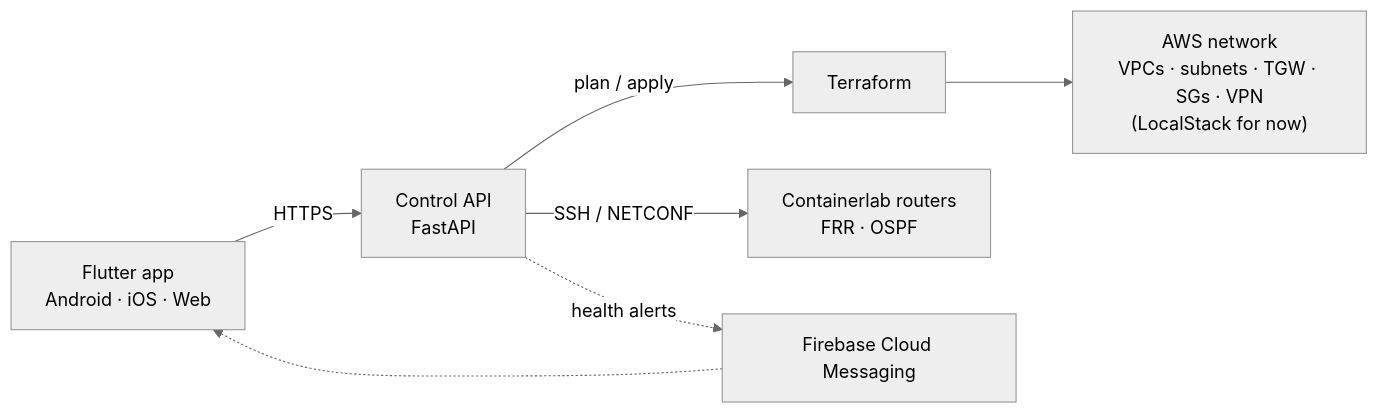
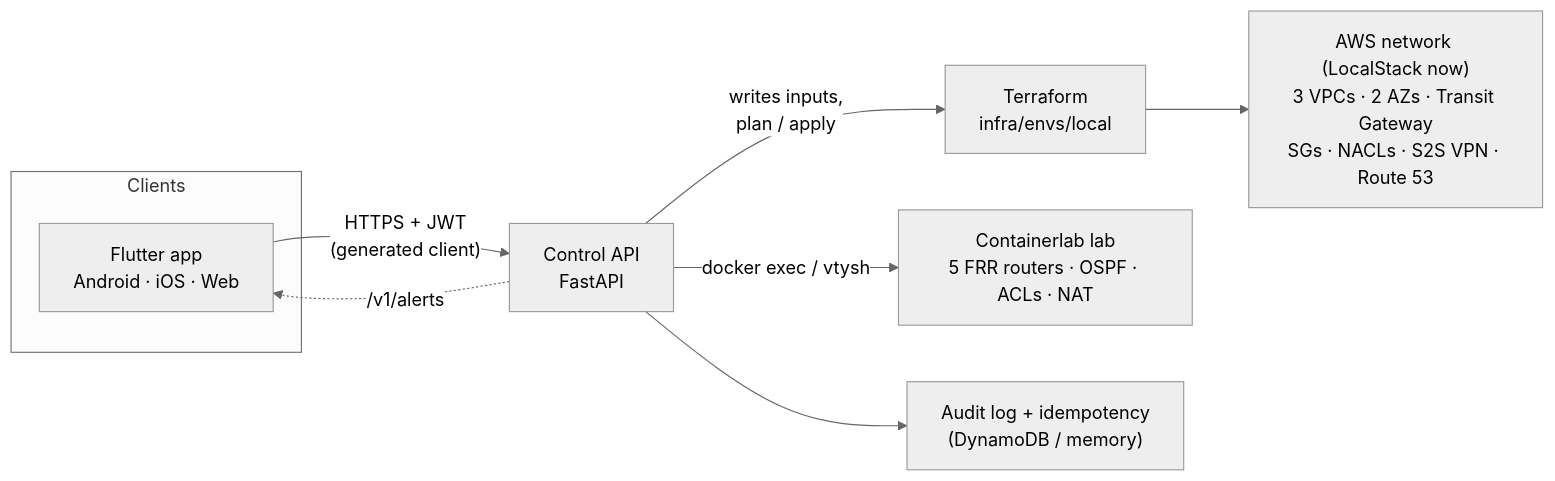
The diagram in README.md (King102020/cloud-netops), drawn with Mermaid (neutral theme) before and after one commit. The commit also changed other lines of this file and 3 other files, not shown here.

````diff
--- a/README.md
+++ b/README.md
@@ -12,8 +15,12 @@
 ```mermaid
 flowchart LR
-  App["Flutter app<br/>Android · iOS · Web"] -->|HTTPS| API["Control API<br/>FastAPI"]
-  API -->|plan / apply| TF["Terraform"]
-  TF --> Cloud["AWS network<br/>VPCs · subnets · TGW · SGs · VPN<br/>(LocalStack for now)"]
-  API -->|SSH / NETCONF| Lab["Containerlab routers<br/>FRR · OSPF"]
-  API -. health alerts .-> FCM["Firebase Cloud Messaging"] -.-> App
+  subgraph Clients
+    App["Flutter app<br/>Android · iOS · Web"]
+  end
+  App -->|"HTTPS + JWT<br/>(generated client)"| API["Control API<br/>FastAPI"]
+  API -->|"writes inputs,<br/>plan / apply"| TF["Terraform<br/>infra/envs/local"]
+  TF --> Cloud["AWS network (LocalStack now)<br/>3 VPCs · 2 AZs · Transit Gateway<br/>SGs · NACLs · S2S VPN · Route 53"]
+  API -->|"docker exec / vtysh"| Lab["Containerlab lab<br/>5 FRR routers · OSPF · ACLs · NAT"]
+  API --> DDB["Audit log + idempotency<br/>(DynamoDB / memory)"]
+  API -. "/v1/alerts" .-> App
 ```
````
